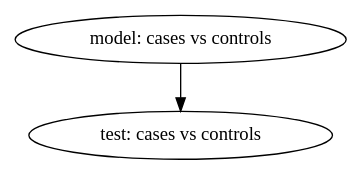
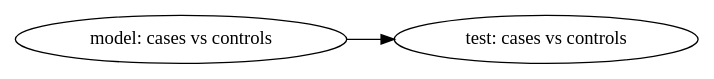
One commit to abbvie-external/OmicNavigator changed the diagram in scripts/diagrams/results-1.gv. Above: the diagram before and after it, drawn with Graphviz. The commit also changed 8 other files, not shown here.

First line of the commit message:
Use left-right orientation to improve readability of diagrams.

```diff
--- a/scripts/diagrams/results-1.gv
+++ b/scripts/diagrams/results-1.gv
@@ -1,3 +1,4 @@
 digraph G {
+  graph [rankdir="LR", fontsize="16"];
   "model: cases vs controls" -> "test: cases vs controls";
 }
```
